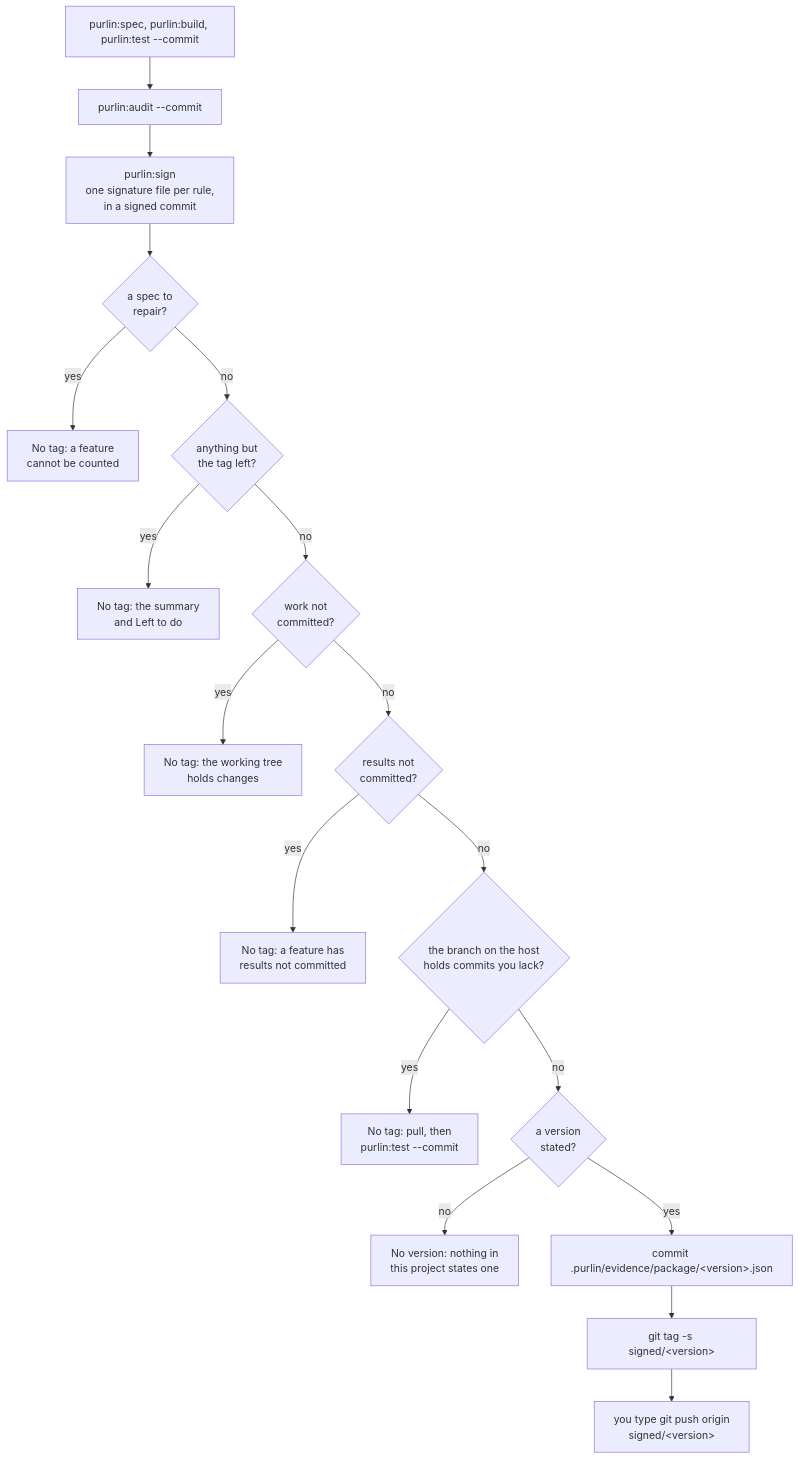
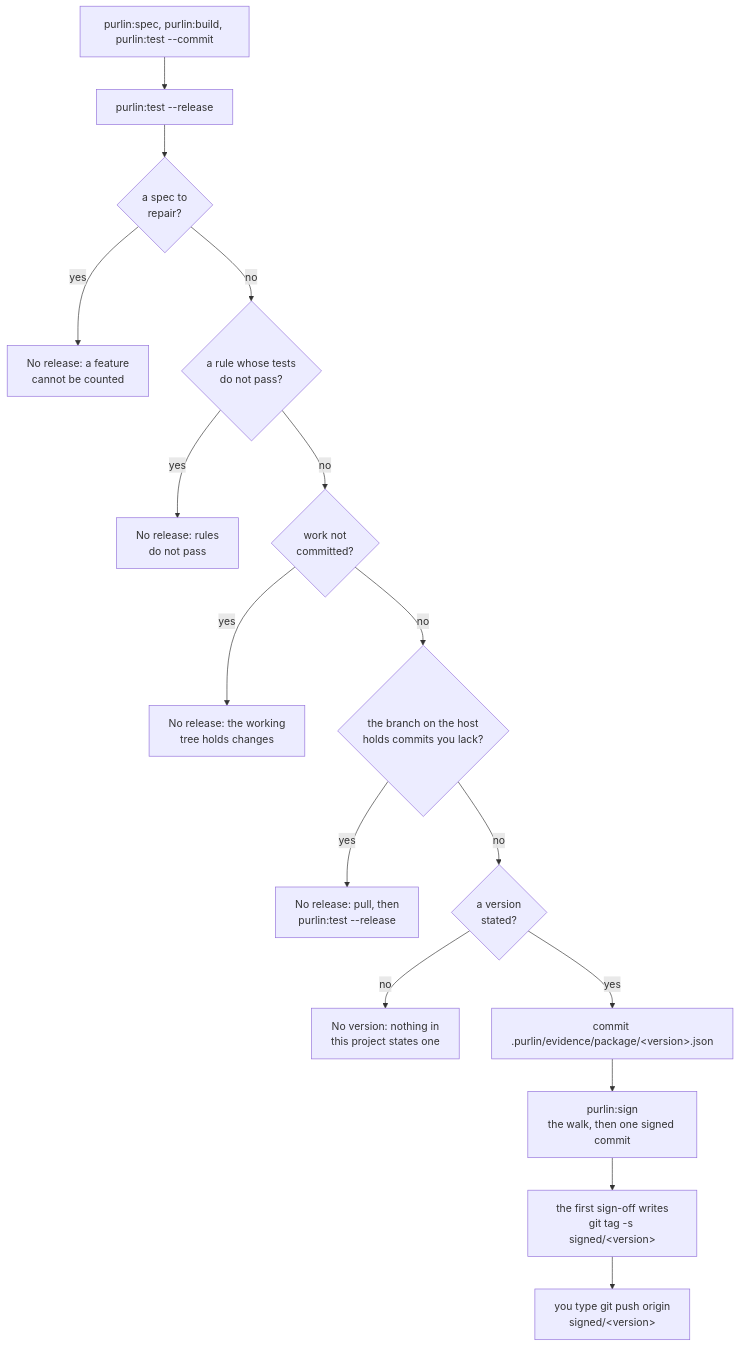
The diagram in docs/regulated-workflow.md (rlabarca/purlin), drawn with Mermaid before and after one commit. The commit also changed other lines of this file and 14 other files, not shown here.

First line of the commit message:
docs: the release and the sign-off, two gates, the audit as a tool (decision 103)

````diff
--- a/docs/regulated-workflow.md
+++ b/docs/regulated-workflow.md
@@ -167,20 +164,18 @@
 ```mermaid
 flowchart TD
-    W["purlin:spec, purlin:build, purlin:test --commit"] --> A["purlin:audit --commit"]
-    A --> S["purlin:sign<br>one signature file per rule,<br>in a signed commit"]
-    S --> B{"a spec to<br>repair?"}
-    B -->|yes| NB["No tag: a feature<br>cannot be counted"]
-    B -->|no| G{"anything but<br>the tag left?"}
-    G -->|yes| L["No tag: the summary<br>and Left to do"]
-    G -->|no| C{"work not<br>committed?"}
-    C -->|yes| NC["No tag: the working tree<br>holds changes"]
-    C -->|no| R{"results not<br>committed?"}
-    R -->|yes| NR["No tag: a feature has<br>results not committed"]
-    R -->|no| H{"the branch on the host<br>holds commits you lack?"}
-    H -->|yes| NH["No tag: pull, then<br>purlin:test --commit"]
+    W["purlin:spec, purlin:build, purlin:test --commit"] --> R["purlin:test --release"]
+    R --> B{"a spec to<br>repair?"}
+    B -->|yes| NB["No release: a feature<br>cannot be counted"]
+    B -->|no| F{"a rule whose tests<br>do not pass?"}
+    F -->|yes| NF["No release: rules<br>do not pass"]
+    F -->|no| C{"work not<br>committed?"}
+    C -->|yes| NC["No release: the working<br>tree holds changes"]
+    C -->|no| H{"the branch on the host<br>holds commits you lack?"}
+    H -->|yes| NH["No release: pull, then<br>purlin:test --release"]
     H -->|no| V{"a version<br>stated?"}
     V -->|no| NV["No version: nothing in<br>this project states one"]
     V -->|yes| P["commit .purlin/evidence/package/#lt;version#gt;.json"]
-    P --> T["git tag -s signed/#lt;version#gt;"]
+    P --> S["purlin:sign<br>the walk, then one signed commit"]
+    S --> T["the first sign-off writes<br>git tag -s signed/#lt;version#gt;"]
     T --> U["you type git push origin<br>signed/#lt;version#gt;"]
 ```
````
